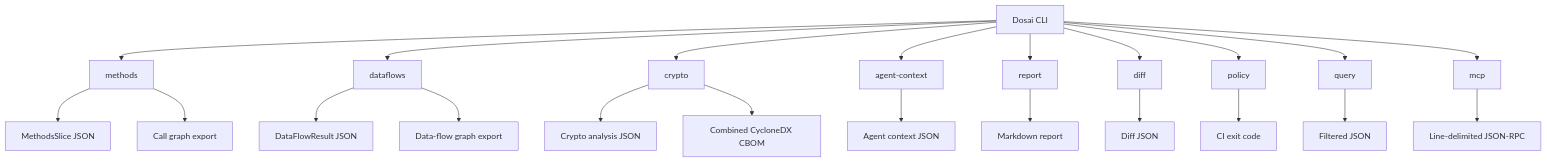
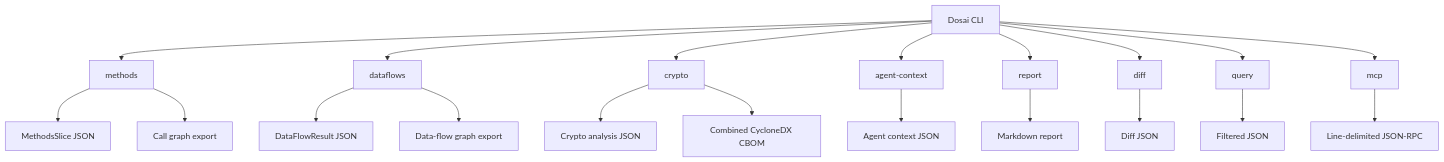
Before and after one commit to owasp-dep-scan/dosai: the first of 5 diagrams in docs/commands.md, drawn with Mermaid. The commit also changed other lines of this file and 7 other files, not shown here.

Commit message:
Remove policy command and documentation; update CI and docs to validate data-flow integrity directly

````diff
--- a/docs/commands.md
+++ b/docs/commands.md
@@ -7,25 +7,23 @@
 ```mermaid
 flowchart TD
     CLI[Dosai CLI] --> Methods[methods]
     CLI --> Dataflows[dataflows]
     CLI --> Crypto[crypto]
     CLI --> Agent[agent-context]
     CLI --> Report[report]
     CLI --> Diff[diff]
-    CLI --> Policy[policy]
     CLI --> Query[query]
     CLI --> MCP[mcp]
 
     Methods --> MethodsJson[MethodsSlice JSON]
     Methods --> CallGraph[Call graph export]
     Dataflows --> DataflowJson[DataFlowResult JSON]
     Dataflows --> DataflowGraph[Data-flow graph export]
     Crypto --> CryptoJson[Crypto analysis JSON]
     Crypto --> CBOM[Combined CycloneDX CBOM]
     Agent --> AgentJson[Agent context JSON]
     Report --> Markdown[Markdown report]
     Diff --> DiffJson[Diff JSON]
-    Policy --> ExitCode[CI exit code]
     Query --> QueryJson[Filtered JSON]
     MCP --> JsonRpc[Line-delimited JSON-RPC]
 ```
````
